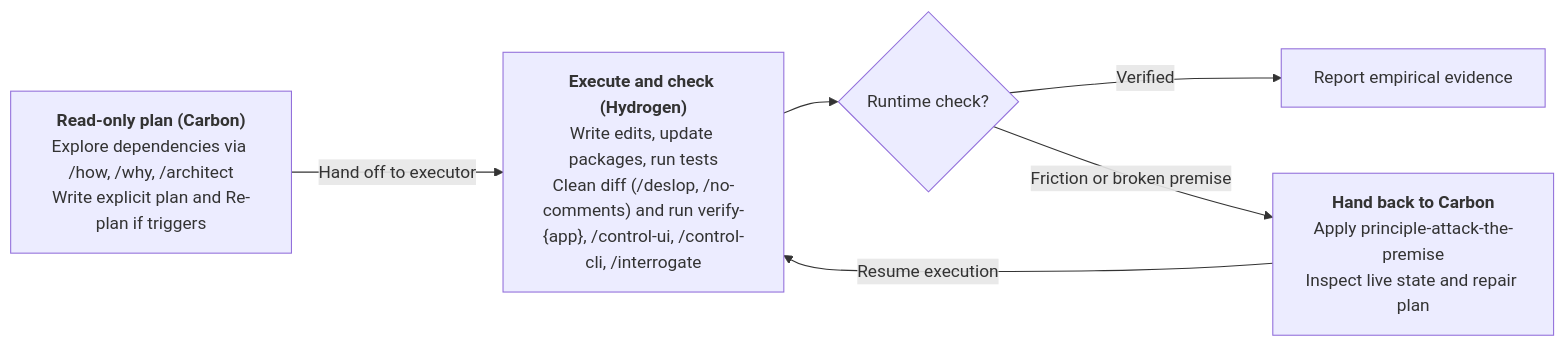
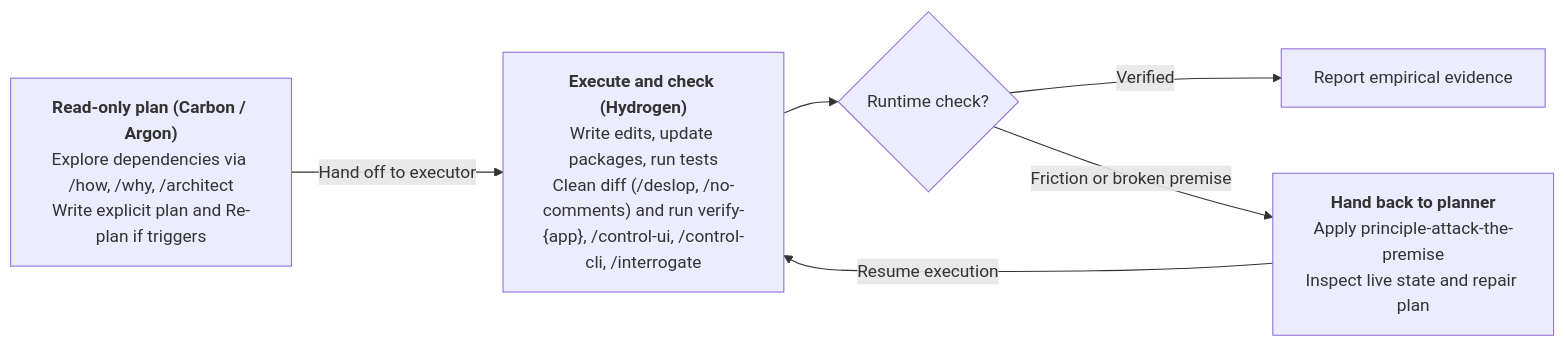
The first of 2 diagrams in docs/architecture-and-swarm.md (jmxt3/astack), drawn with Mermaid before and after one commit. The commit also changed other lines of this file and 90 other files, not shown here.

First line of the commit message:
feat: align AStack routing, schemas, and docs with native Antigravity

````diff
--- a/docs/architecture-and-swarm.md
+++ b/docs/architecture-and-swarm.md
@@ -38,14 +41,14 @@
 ```mermaid
 flowchart LR
-    Plan["`**Read-only plan (Carbon)**
+    Plan["`**Read-only plan (Carbon / Argon)**
 Explore dependencies via /how, /why, /architect
 Write explicit plan and Re-plan if triggers`"] -->|"Hand off to executor"| Exec["`**Execute and check (Hydrogen)**
 Write edits, update packages, run tests
 Clean diff (/deslop, /no-comments) and run verify-{app}, /control-ui, /control-cli, /interrogate`"]
     Exec --> Gate{"Runtime check?"}
     Gate -->|"Verified"| Done["`Report empirical evidence`"]
-    Gate -->|"Friction or broken premise"| Recover["`**Hand back to Carbon**
+    Gate -->|"Friction or broken premise"| Recover["`**Hand back to planner**
 Apply principle-attack-the-premise
 Inspect live state and repair plan`"]
     Recover -->|"Resume execution"| Exec
 ```
````
